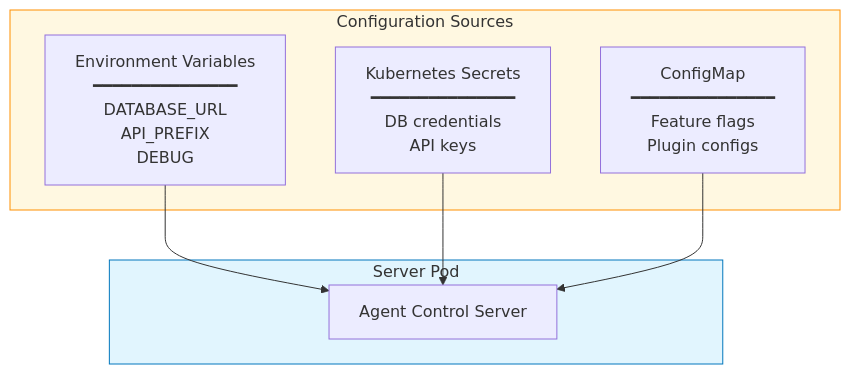
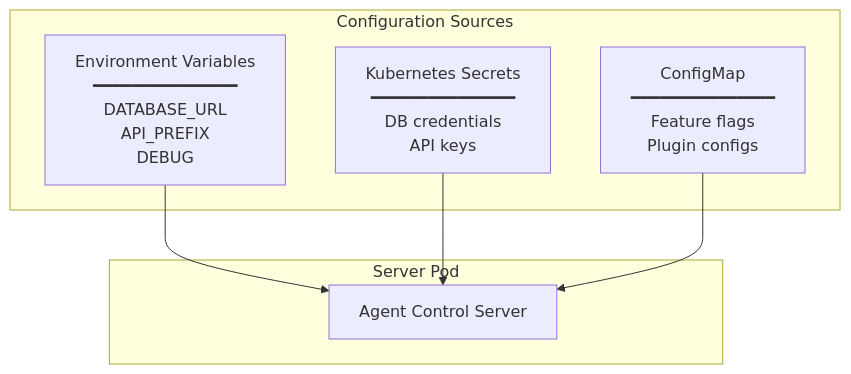
Before and after one commit to agentcontrol/agent-control: the third of 3 diagrams in diagrams/02-deployment-architecture.md, drawn with Mermaid. The commit also changed other lines of this file and 9 other files, not shown here.

````diff
--- a/diagrams/02-deployment-architecture.md
+++ b/diagrams/02-deployment-architecture.md
@@ -77,21 +69,18 @@
 ```mermaid
 flowchart TD
     subgraph config["Configuration Sources"]
         env["Environment Variables<br/>━━━━━━━━━━━━━━━<br/>DATABASE_URL<br/>API_PREFIX<br/>DEBUG"]
         
         secrets["Kubernetes Secrets<br/>━━━━━━━━━━━━━━━<br/>DB credentials<br/>API keys"]
         
         configmap["ConfigMap<br/>━━━━━━━━━━━━━━━<br/>Feature flags<br/>Plugin configs"]
     end
 
     subgraph server["Server Pod"]
         app["Agent Control Server"]
     end
 
     env --> app
     secrets --> app
     configmap --> app
-
-    style config fill:#fff8e1,stroke:#ff8f00
-    style server fill:#e1f5fe,stroke:#0277bd
 ```
````
